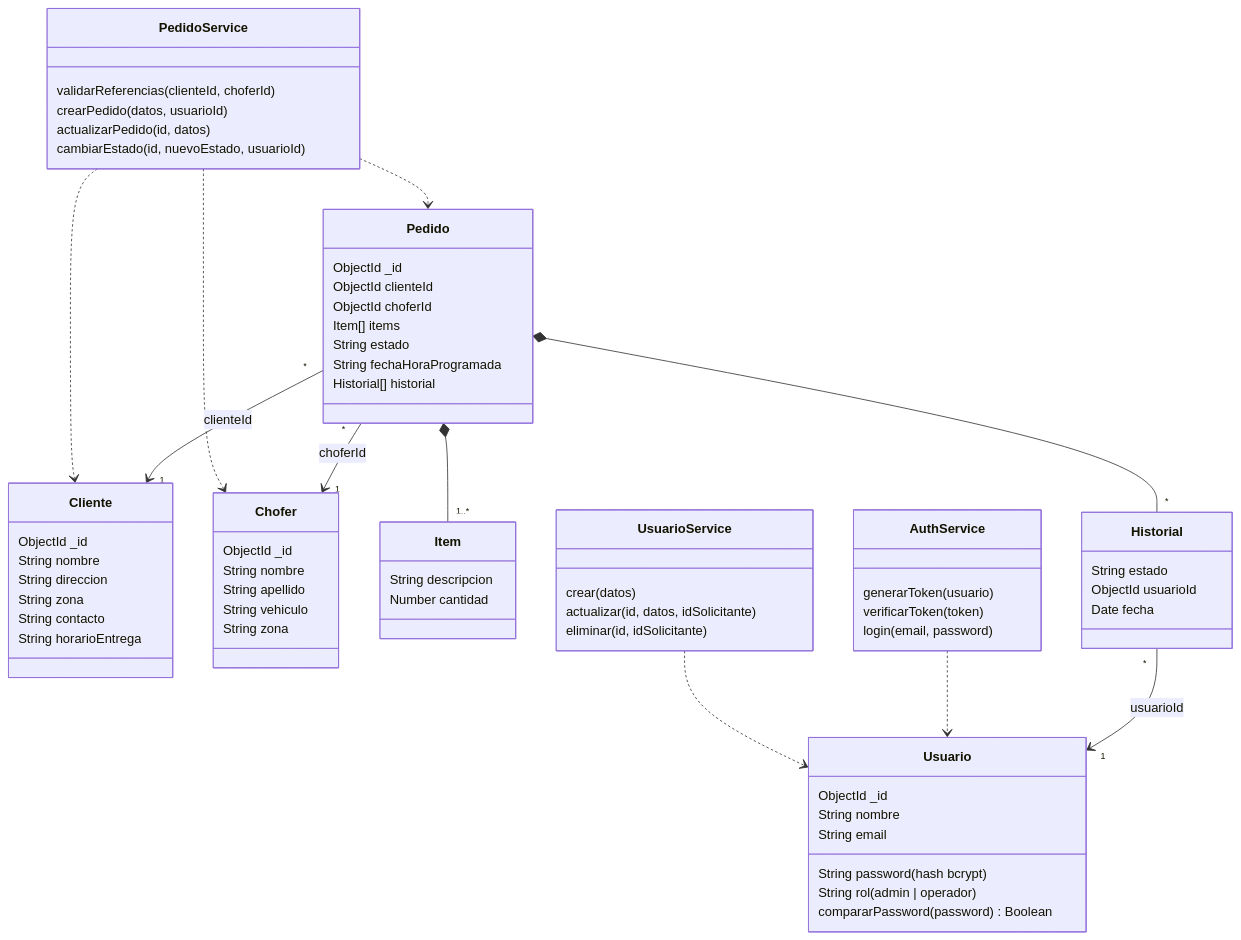
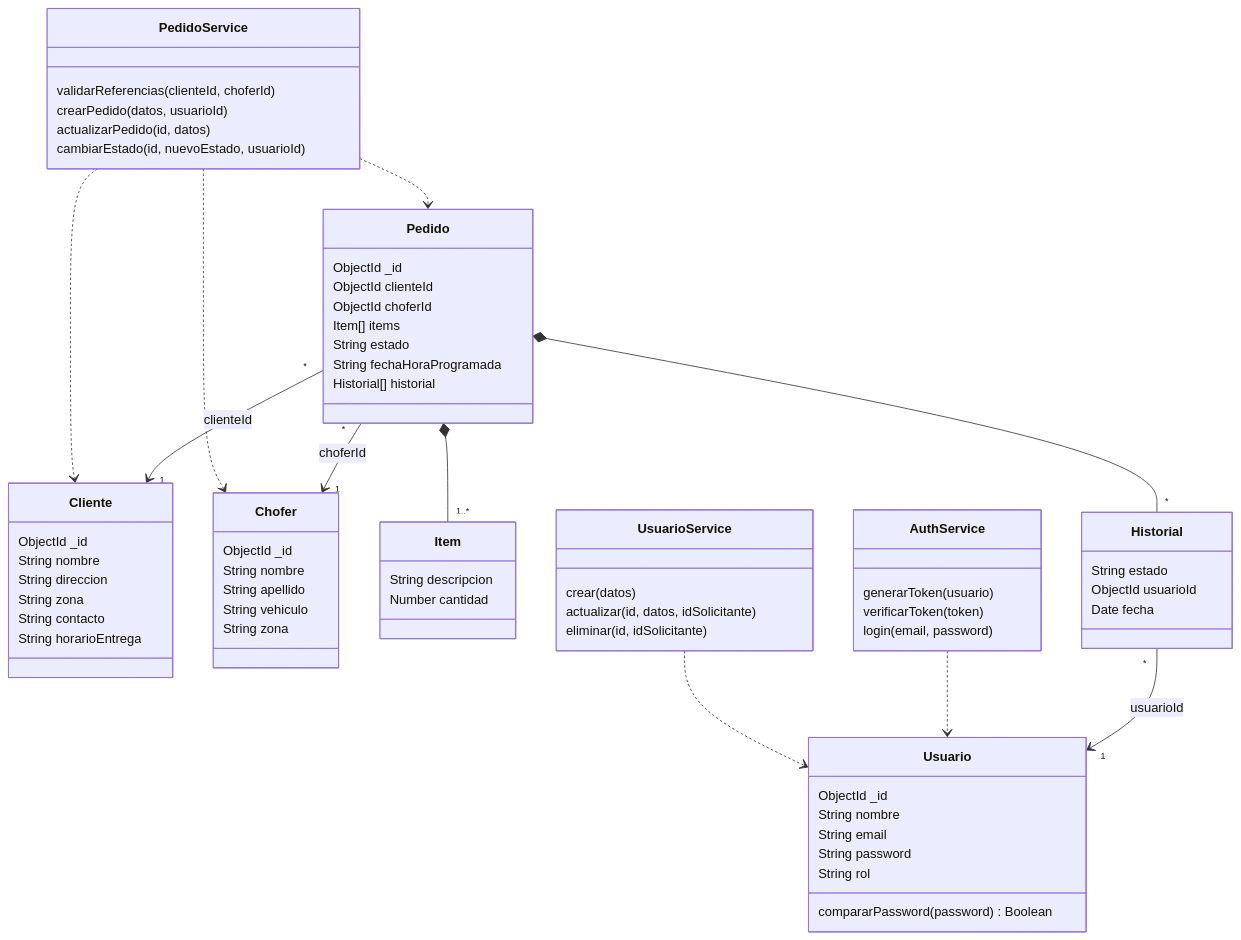
One commit to Nicoalazar/PrimerParcialDSWB changed the second of 5 diagrams in docs/DOCUMENTACION_Parte3.md. Above: the diagram before and after it, drawn with Mermaid. The commit also changed other lines of this file, not shown here.

Commit message:
docs: corrige los diagramas 6.2 y 6.4

````diff
--- a/docs/DOCUMENTACION_Parte3.md
+++ b/docs/DOCUMENTACION_Parte3.md
@@ -219,71 +219,71 @@
 ```mermaid
 classDiagram
     class Usuario {
         ObjectId _id
         String nombre
         String email
-        String password (hash bcrypt)
-        String rol (admin | operador)
+        String password 
+        String rol 
         compararPassword(password) Boolean
     }
     class Cliente {
         ObjectId _id
         String nombre
         String direccion
         String zona
         String contacto
         String horarioEntrega
     }
     class Chofer {
         ObjectId _id
         String nombre
         String apellido
         String vehiculo
         String zona
     }
     class Pedido {
         ObjectId _id
         ObjectId clienteId
         ObjectId choferId
         Item[] items
         String estado
         String fechaHoraProgramada
         Historial[] historial
     }
     class Item {
         String descripcion
         Number cantidad
     }
     class Historial {
         String estado
         ObjectId usuarioId
         Date fecha
     }
     class PedidoService {
         validarReferencias(clienteId, choferId)
         crearPedido(datos, usuarioId)
         actualizarPedido(id, datos)
         cambiarEstado(id, nuevoEstado, usuarioId)
     }
     class AuthService {
         generarToken(usuario)
         verificarToken(token)
         login(email, password)
     }
     class UsuarioService {
         crear(datos)
         actualizar(id, datos, idSolicitante)
         eliminar(id, idSolicitante)
     }
 
     Pedido "*" --> "1" Cliente : clienteId
     Pedido "*" --> "1" Chofer : choferId
     Pedido *-- "1..*" Item
     Pedido *-- "*" Historial
     Historial "*" --> "1" Usuario : usuarioId
     PedidoService ..> Pedido
     PedidoService ..> Cliente
     PedidoService ..> Chofer
     AuthService ..> Usuario
     UsuarioService ..> Usuario
 ```
````
